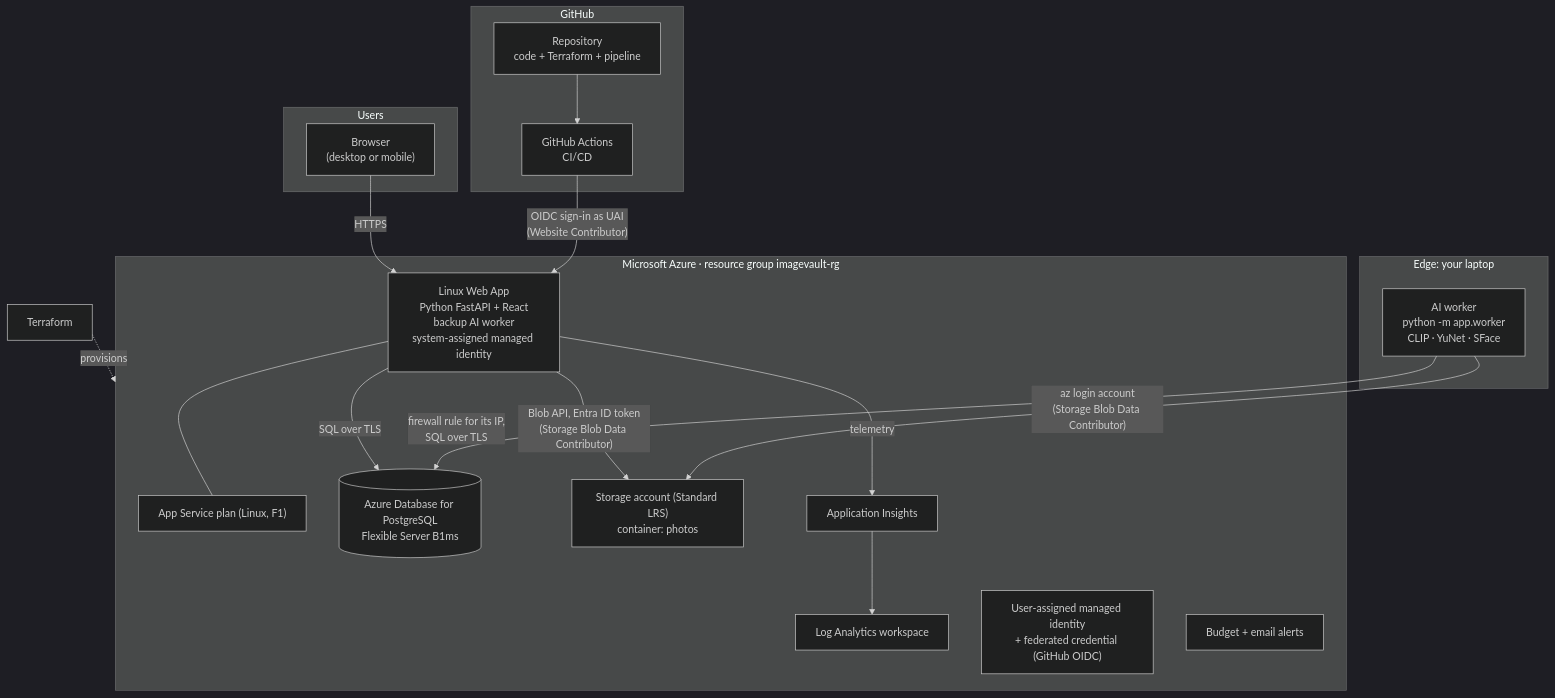
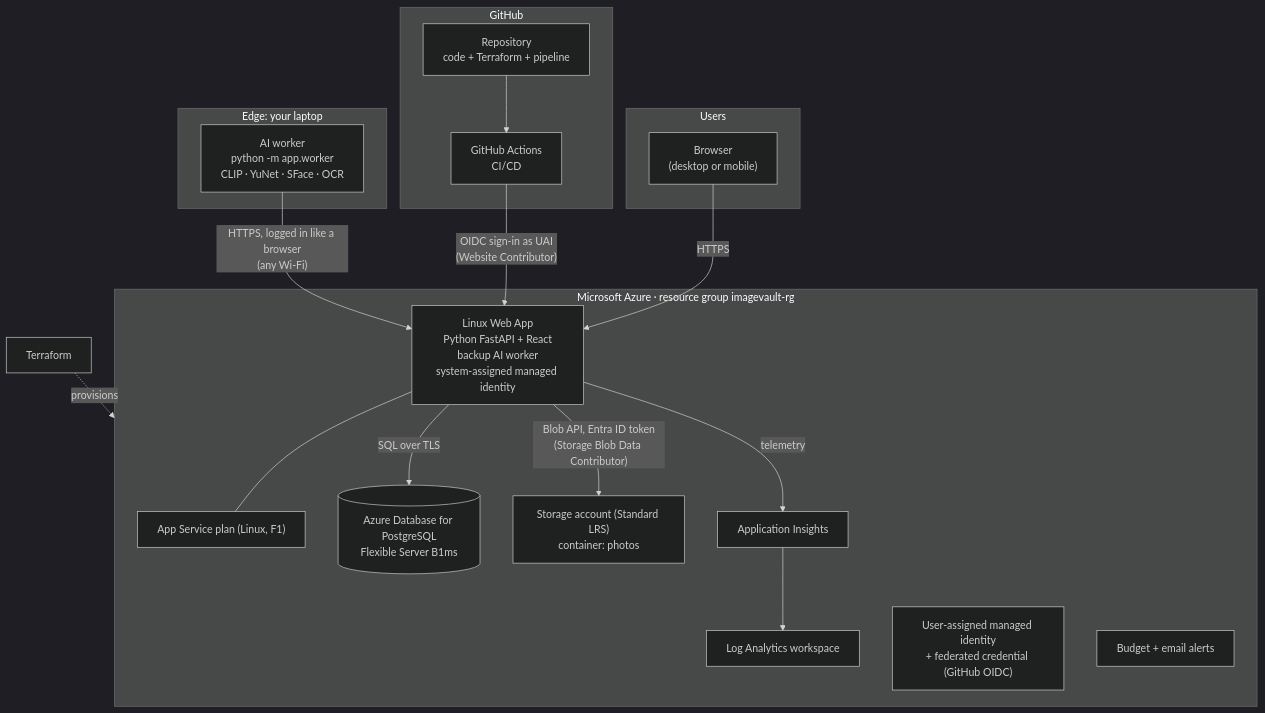
The first of 4 diagrams in docs/technical-design-document.md (Arnav-Dugad/imagevault-ai), drawn with Mermaid (dark theme) before and after one commit. The commit also changed other lines of this file and 30 other files, not shown here.

````diff
--- a/docs/technical-design-document.md
+++ b/docs/technical-design-document.md
@@ -58,33 +58,32 @@
 ```mermaid
 flowchart TB
     subgraph Users
       B["Browser<br/>(desktop or mobile)"]
     end
     subgraph GitHub
       R["Repository<br/>code + Terraform + pipeline"]
       GA["GitHub Actions<br/>CI/CD"]
     end
     subgraph Azure["Microsoft Azure · resource group imagevault-rg"]
       ASP["App Service plan (Linux, F1)"]
       WEB["Linux Web App<br/>Python FastAPI + React<br/>backup AI worker<br/>system-assigned managed identity"]
       PG[("Azure Database for PostgreSQL<br/>Flexible Server B1ms")]
       ST["Storage account (Standard LRS)<br/>container: photos"]
       AI["Application Insights"]
       LA["Log Analytics workspace"]
       UAI["User-assigned managed identity<br/>+ federated credential (GitHub OIDC)"]
       BUD["Budget + email alerts"]
     end
     B -- HTTPS --> WEB
     WEB --- ASP
     WEB -- "SQL over TLS" --> PG
     WEB -- "Blob API, Entra ID token<br/>(Storage Blob Data Contributor)" --> ST
     WEB -- telemetry --> AI --> LA
     R --> GA
     GA -- "OIDC sign-in as UAI<br/>(Website Contributor)" --> WEB
     TF["Terraform"] -. provisions .-> Azure
     subgraph Edge["Edge: your laptop"]
-      LW["AI worker<br/>python -m app.worker<br/>CLIP · YuNet · SFace"]
+      LW["AI worker<br/>python -m app.worker<br/>CLIP · YuNet · SFace · OCR"]
     end
-    LW -- "firewall rule for its IP,<br/>SQL over TLS" --> PG
-    LW -- "az login account<br/>(Storage Blob Data Contributor)" --> ST
+    LW -- "HTTPS, logged in like a browser<br/>(any Wi-Fi)" --> WEB
 ```
````
